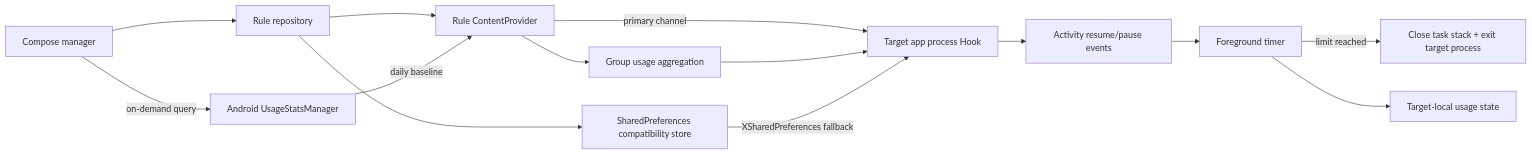
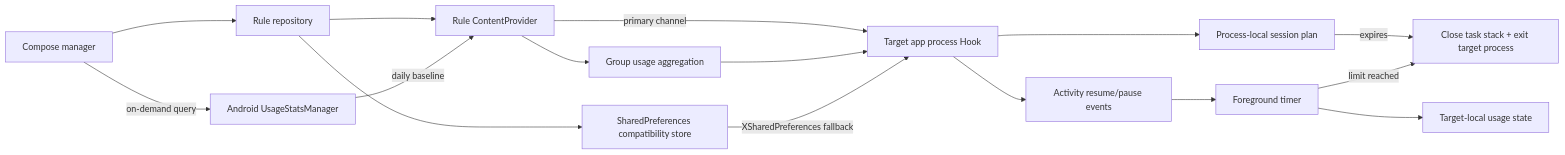
The diagram in README.en.md (Xposed-Modules-Repo/com.liuml.apptimelimiter), drawn with Mermaid before and after one commit. The commit also changed other lines of this file and 29 other files, not shown here.

````diff
--- a/README.en.md
+++ b/README.en.md
@@ -46,16 +49,18 @@
 ```mermaid
 flowchart LR
     UI["Compose manager"] --> Repo["Rule repository"]
     Repo --> Provider["Rule ContentProvider"]
     Repo --> Prefs["SharedPreferences compatibility store"]
     Provider -->|"primary channel"| Hook["Target app process Hook"]
     Provider --> Groups["Group usage aggregation"]
     Groups --> Hook
     Prefs -->|"XSharedPreferences fallback"| Hook
     Hook --> Lifecycle["Activity resume/pause events"]
     Lifecycle --> Timer["Foreground timer"]
+    Hook --> SessionPlan["Process-local session plan"]
+    SessionPlan -->|"expires"| Exit
     Timer -->|"limit reached"| Exit["Close task stack + exit target process"]
     Timer --> State["Target-local usage state"]
     UI -->|"on-demand query"| UsageStats["Android UsageStatsManager"]
     UsageStats -->|"daily baseline"| Provider
 ```
````
